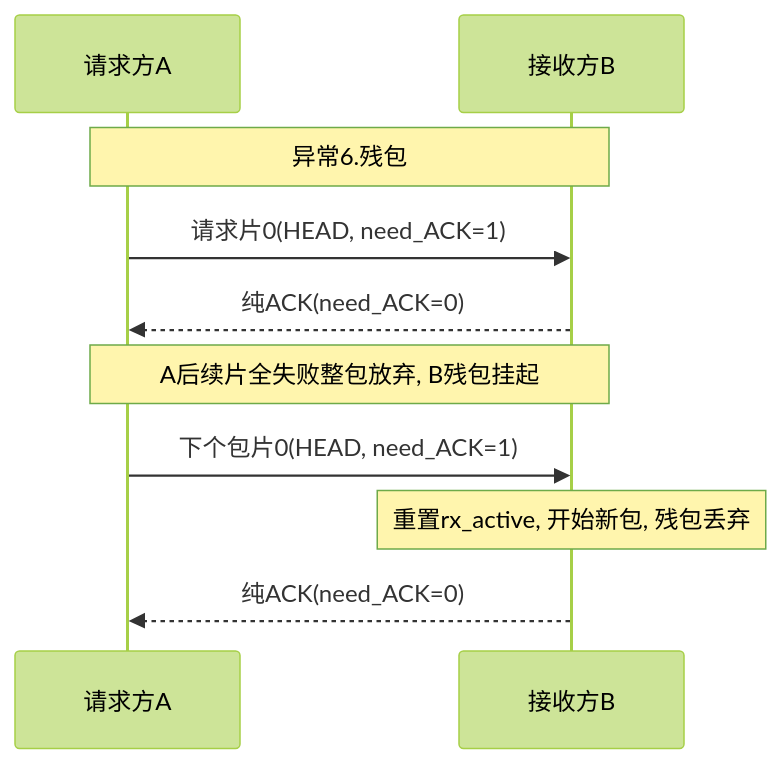
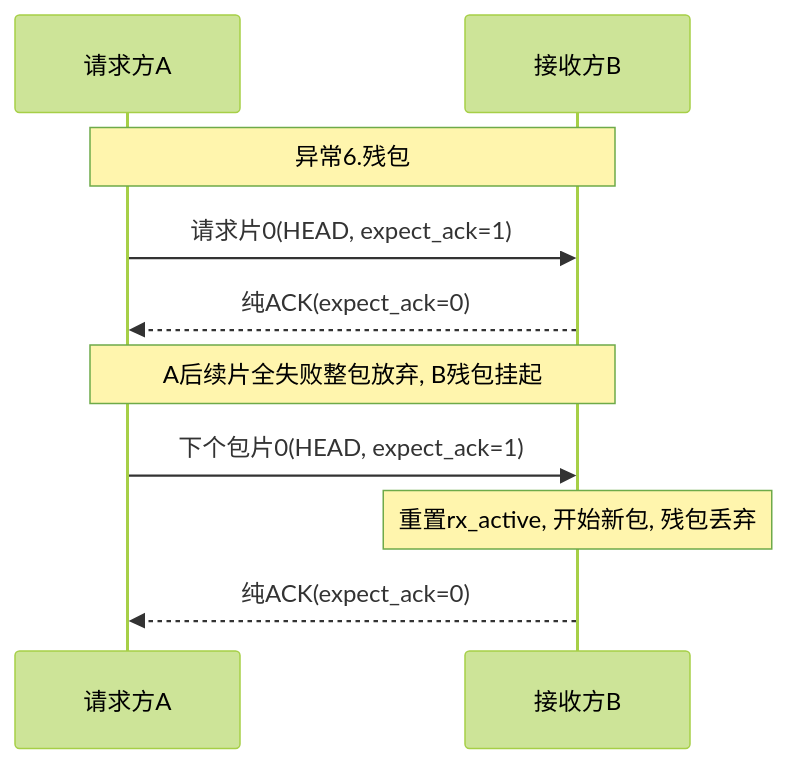
Before and after one commit to Siaiai/ObsidianNote: diagram 13 of 14 in 工作/项目/代码/260401S3分拣面板-SIA-R9000P.md, drawn with Mermaid (forest theme). The commit also changed other lines of this file and 1 other file, not shown here.

````diff
--- a/工作/项目/代码/260401S3分拣面板-SIA-R9000P.md
+++ b/工作/项目/代码/260401S3分拣面板-SIA-R9000P.md
@@ -243,12 +258,12 @@
 ```mermaid
 sequenceDiagram
     participant A as 请求方A
     participant B as 接收方B
     Note over A,B: 异常6.残包
-    A->>B: 请求片0(HEAD, need_ACK=1)
-    B-->>A: 纯ACK(need_ACK=0)
+    A->>B: 请求片0(HEAD, expect_ack=1)
+    B-->>A: 纯ACK(expect_ack=0)
     Note over A,B: A后续片全失败整包放弃, B残包挂起
-    A->>B: 下个包片0(HEAD, need_ACK=1)
+    A->>B: 下个包片0(HEAD, expect_ack=1)
     Note over B: 重置rx_active, 开始新包, 残包丢弃
-    B-->>A: 纯ACK(need_ACK=0)
+    B-->>A: 纯ACK(expect_ack=0)
 ```
````
